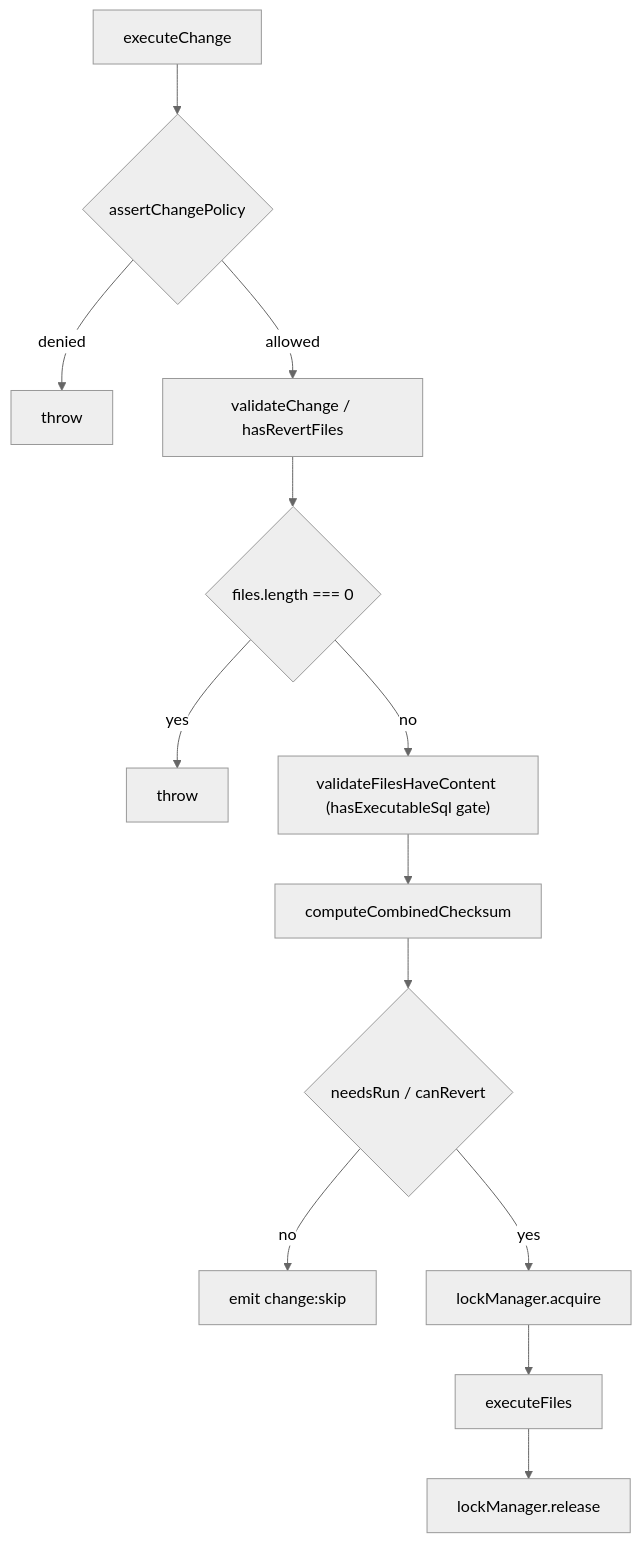
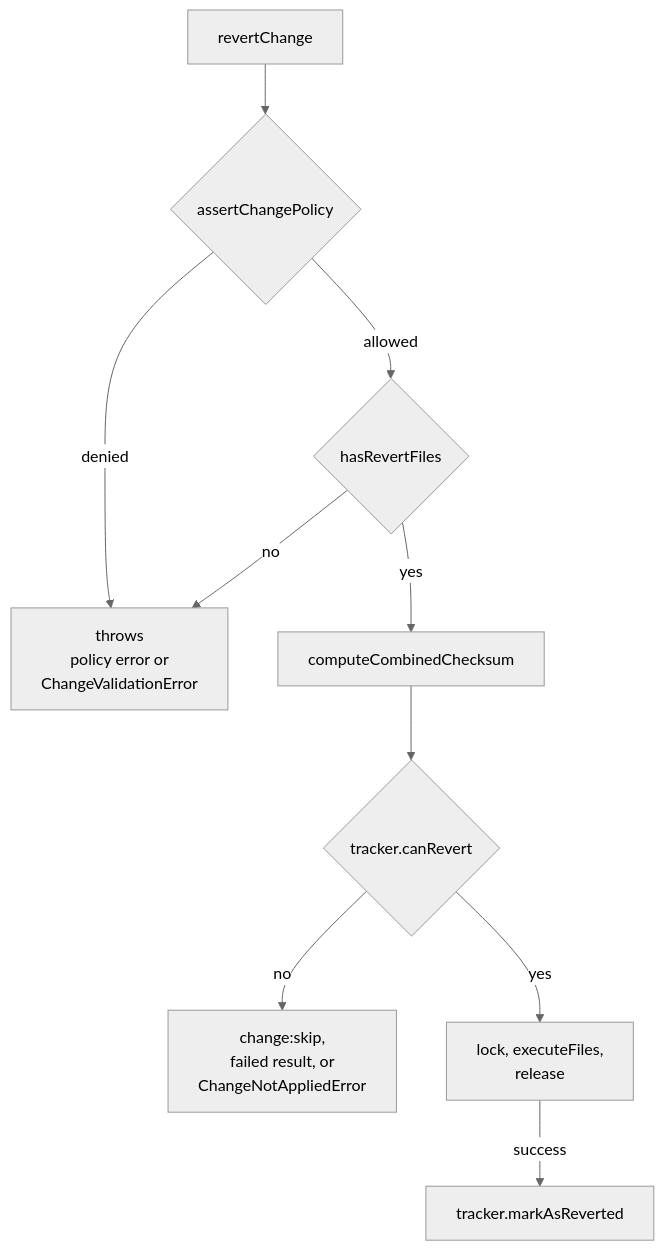
The second of 7 diagrams in docs/wiki/core-change.md (noormdev/noorm), drawn with Mermaid (neutral theme) before and after one commit. The commit also changed other lines of this file and 557 other files, not shown here.

````diff
--- a/docs/wiki/core-change.md
+++ b/docs/wiki/core-change.md
@@ -19,16 +47,13 @@
 ```mermaid
 flowchart TD
-    %% source: src/core/change/executor.ts
-    A[executeChange] --> B{assertChangePolicy}
-    B -->|denied| X[throw]
-    B -->|allowed| C[validateChange / hasRevertFiles]
-    C --> D{"files.length === 0"}
-    D -->|yes| X2[throw]
-    D -->|no| E["validateFilesHaveContent (hasExecutableSql gate)"]
-    E --> F[computeCombinedChecksum]
-    F --> G{needsRun / canRevert}
-    G -->|no| H["emit change:skip"]
-    G -->|yes| I["lockManager.acquire"]
-    I --> J[executeFiles]
-    J --> K["lockManager.release"]
+    %% source: src/core/change/executor.ts, src/core/change/tracker.ts
+    A[revertChange] --> B{assertChangePolicy}
+    B -->|denied| X["throws<br/>policy error or<br/>ChangeValidationError"]
+    B -->|allowed| C{hasRevertFiles}
+    C -->|no| X
+    C -->|yes| D[computeCombinedChecksum]
+    D --> E{tracker.canRevert}
+    E -->|no| H["change:skip,<br/>failed result, or<br/>ChangeNotAppliedError"]
+    E -->|yes| I["lock, executeFiles,<br/>release"]
+    I -->|success| J[tracker.markAsReverted]
 ```
````
